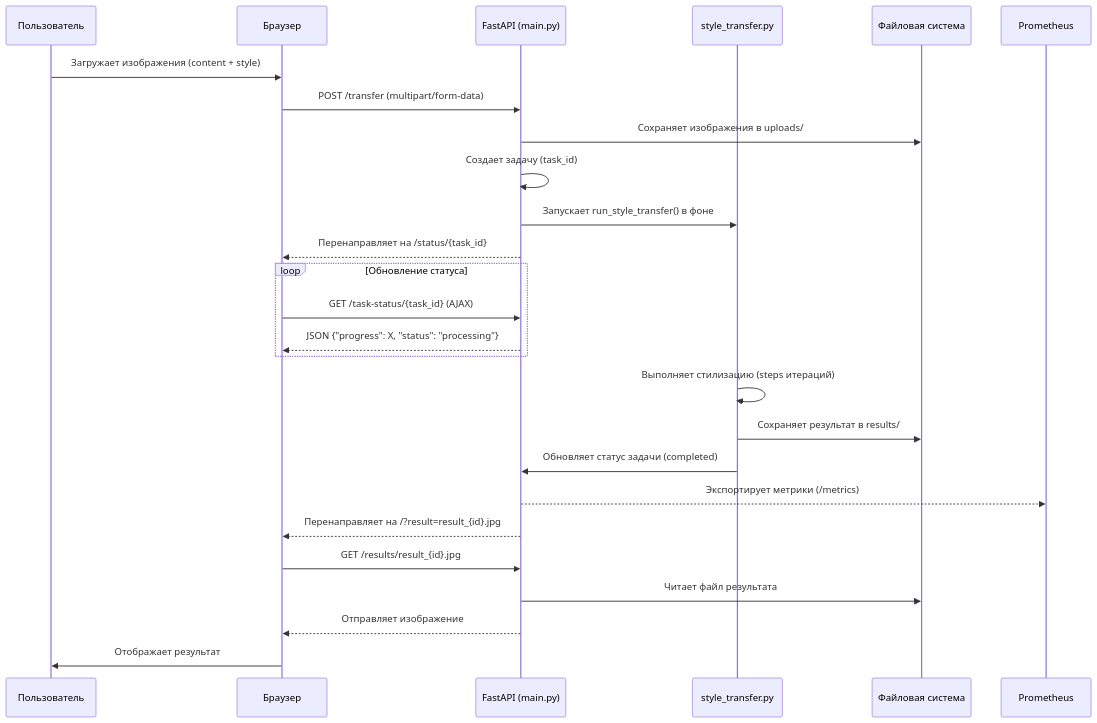
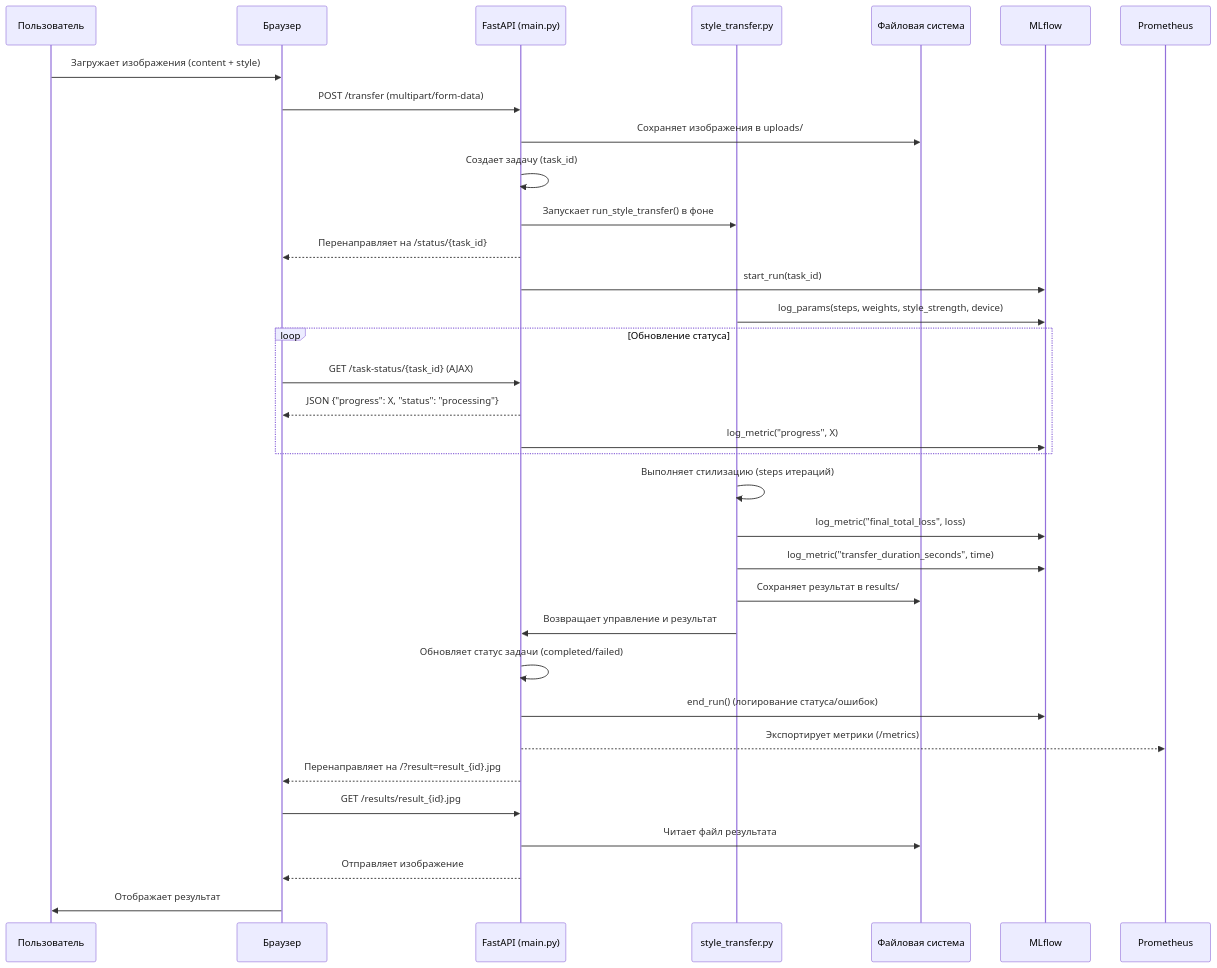
One commit to BondusS/Image-neural-style-transfer changed the third of 4 diagrams in Readme.md. Above: the diagram before and after it, drawn with Mermaid. The commit also changed other lines of this file and 7 other files, not shown here.

````diff
--- a/Readme.md
+++ b/Readme.md
@@ -170,33 +182,49 @@
 ```mermaid
 %% Поток данных в приложении
 sequenceDiagram
     participant User as Пользователь
     participant Frontend as Браузер
     participant Backend as FastAPI (main.py)
     participant StyleTransfer as style_transfer.py
     participant FS as Файловая система
+    participant MLflow as MLflow
     participant Prometheus as Prometheus
 
     User->>Frontend: Загружает изображения (content + style)
     Frontend->>Backend: POST /transfer (multipart/form-data)
     Backend->>FS: Сохраняет изображения в uploads/
     Backend->>Backend: Создает задачу (task_id)
     Backend->>StyleTransfer: Запускает run_style_transfer() в фоне
     Backend-->>Frontend: Перенаправляет на /status/{task_id}
 
+    %% Добавлено взаимодействие с MLflow
+    Backend->>MLflow: start_run(task_id)
+    StyleTransfer->>MLflow: log_params(steps, weights, style_strength, device)
+
     loop Обновление статуса
         Frontend->>Backend: GET /task-status/{task_id} (AJAX)
         Backend-->>Frontend: JSON {"progress": X, "status": "processing"}
+        Backend->>MLflow: log_metric("progress", X)
     end
 
     StyleTransfer->>StyleTransfer: Выполняет стилизацию (steps итераций)
+    
+    %% Логирование финальных метрик
+    StyleTransfer->>MLflow: log_metric("final_total_loss", loss)
+    StyleTransfer->>MLflow: log_metric("transfer_duration_seconds", time)
+    
     StyleTransfer->>FS: Сохраняет результат в results/
-    StyleTransfer->>Backend: Обновляет статус задачи (completed)
+    StyleTransfer->>Backend: Возвращает управление и результат
+    Backend->>Backend: Обновляет статус задачи (completed/failed)
+    
+    %% Завершение работы с MLflow
+    Backend->>MLflow: end_run() (логирование статуса/ошибок)
+    
     Backend-->>Prometheus: Экспортирует метрики (/metrics)
     Backend-->>Frontend: Перенаправляет на /?result=result_{id}.jpg
 
     Frontend->>Backend: GET /results/result_{id}.jpg
     Backend->>FS: Читает файл результата
     Backend-->>Frontend: Отправляет изображение
     Frontend->>User: Отображает результат
 ```
````
